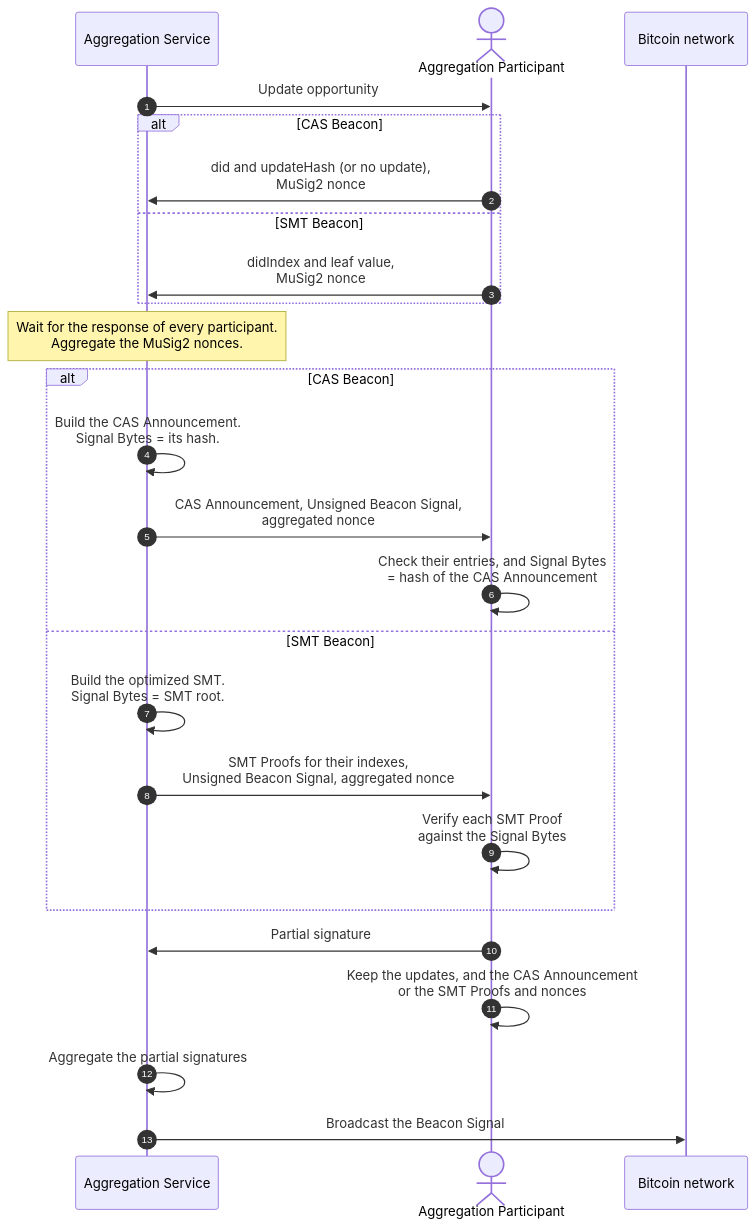
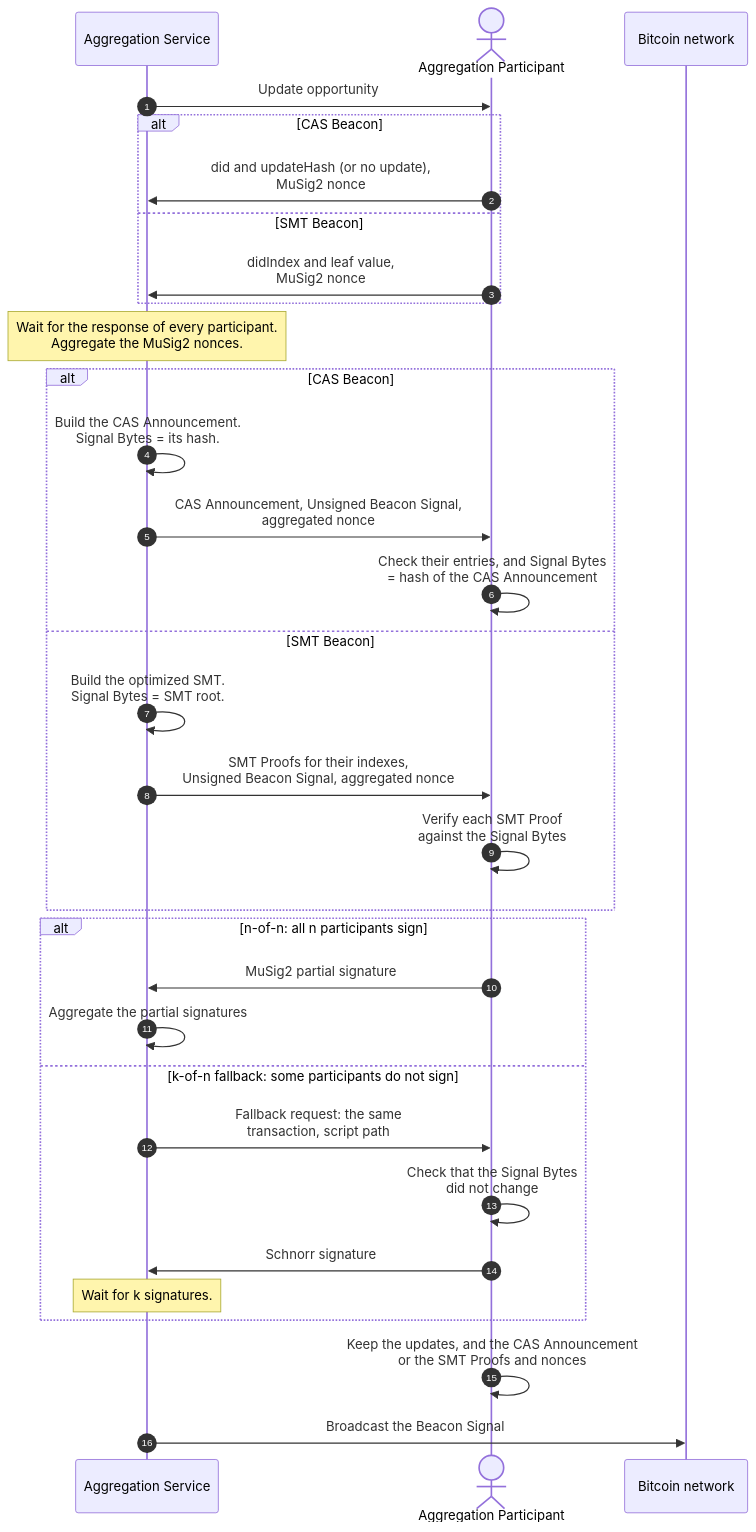
Before and after one commit to dcdpr/website-btcr2-dev: the fifth of 7 diagrams in src/content/docs/diagrams/beacons.md, drawn with Mermaid. The commit also changed other lines of this file and 9 other files, not shown here.

First line of the commit message:
docs(diagrams): show a k-of-n fallback next to n-of-n signatures

````diff
--- a/src/content/docs/diagrams/beacons.md
+++ b/src/content/docs/diagrams/beacons.md
@@ -102,28 +131,35 @@
 ```mermaid
 sequenceDiagram
     autonumber
     participant Service as Aggregation Service
     actor P as Aggregation Participant
     participant BTC as Bitcoin network
 
     Service->>P: Update opportunity
     alt CAS Beacon
         P->>Service: did and updateHash (or no update),<br/>MuSig2 nonce
     else SMT Beacon
         P->>Service: didIndex and leaf value,<br/>MuSig2 nonce
     end
     Note over Service: Wait for the response of every participant.<br/>Aggregate the MuSig2 nonces.
     alt CAS Beacon
         Service->>Service: Build the CAS Announcement.<br/>Signal Bytes = its hash.
         Service->>P: CAS Announcement, Unsigned Beacon Signal,<br/>aggregated nonce
         P->>P: Check their entries, and Signal Bytes<br/>= hash of the CAS Announcement
     else SMT Beacon
         Service->>Service: Build the optimized SMT.<br/>Signal Bytes = SMT root.
         Service->>P: SMT Proofs for their indexes,<br/>Unsigned Beacon Signal, aggregated nonce
         P->>P: Verify each SMT Proof<br/>against the Signal Bytes
     end
-    P->>Service: Partial signature
+    alt n-of-n: all n participants sign
+        P->>Service: MuSig2 partial signature
+        Service->>Service: Aggregate the partial signatures
+    else k-of-n fallback: some participants do not sign
+        Service->>P: Fallback request: the same<br/>transaction, script path
+        P->>P: Check that the Signal Bytes<br/>did not change
+        P->>Service: Schnorr signature
+        Note over Service: Wait for k signatures.
+    end
     P->>P: Keep the updates, and the CAS Announcement<br/>or the SMT Proofs and nonces
-    Service->>Service: Aggregate the partial signatures
     Service->>BTC: Broadcast the Beacon Signal
 ```
````
